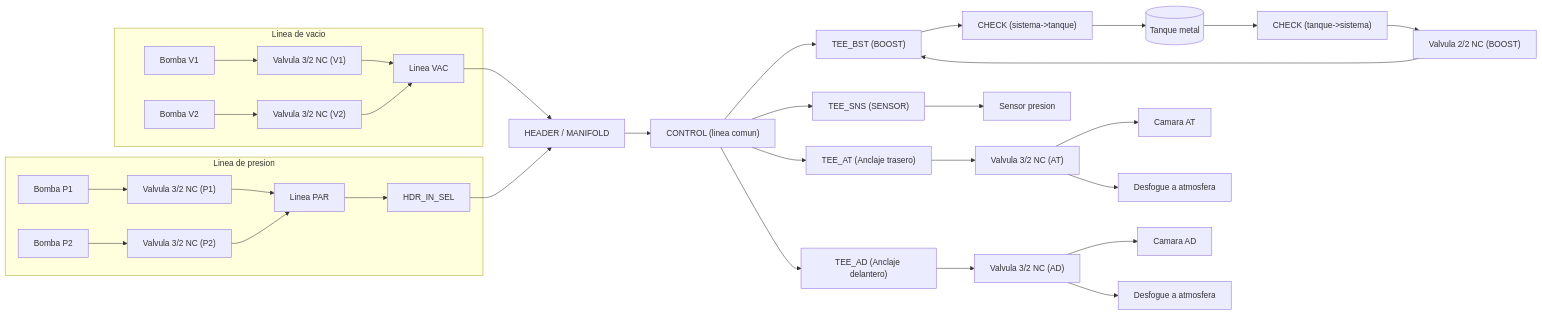
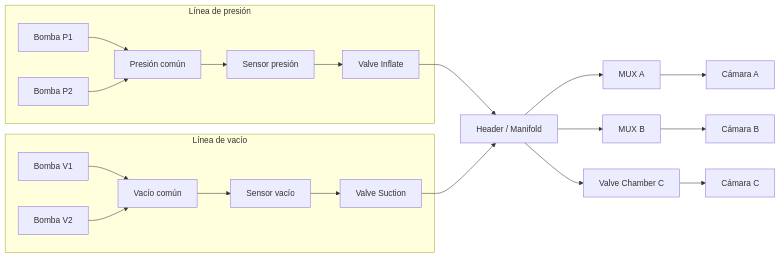
One commit to DiegoSanMo6011/softbot_pneumatic_driver changed the diagram in hardware/pneumatica/diagrama.md. Above: the diagram before and after it, drawn with Mermaid. The commit also changed other lines of this file and 31 other files, not shown here.

````diff
--- a/hardware/pneumatica/diagrama.md
+++ b/hardware/pneumatica/diagrama.md
@@ -3,36 +3,27 @@
 ```mermaid
 flowchart LR
-    subgraph Presion["Linea de presion"]
-        P1["Bomba P1"] --> V32P1["Valvula 3/2 NC (P1)"]
-        P2["Bomba P2"] --> V32P2["Valvula 3/2 NC (P2)"]
-        V32P1 --> PAR["Linea PAR"]
-        V32P2 --> PAR
-        PAR --> HDRSEL["HDR_IN_SEL"]
+    subgraph Presion["Línea de presión"]
+        P1["Bomba P1"] --> Pmerge["Presión común"]
+        P2["Bomba P2"] --> Pmerge
+        Pmerge --> SP["Sensor presión"]
+        SP --> VP["Valve Inflate"]
     end
 
-    subgraph Vacio["Linea de vacio"]
-        V1["Bomba V1"] --> V32V1["Valvula 3/2 NC (V1)"]
-        V2["Bomba V2"] --> V32V2["Valvula 3/2 NC (V2)"]
-        V32V1 --> VAC["Linea VAC"]
-        V32V2 --> VAC
+    subgraph Vacio["Línea de vacío"]
+        V1["Bomba V1"] --> Vmerge["Vacío común"]
+        V2["Bomba V2"] --> Vmerge
+        Vmerge --> SV["Sensor vacío"]
+        SV --> VV["Valve Suction"]
     end
 
-    HDRSEL --> HDR["HEADER / MANIFOLD"]
-    VAC --> HDR
+    VP --> M["Header / Manifold"]
+    VV --> M
 
-    HDR --> CONTROL["CONTROL (linea comun)"]
+    M --> MA["MUX A"]
+    M --> MB["MUX B"]
+    M --> MC["Valve Chamber C"]
 
-    CONTROL --> TEEBST["TEE_BST (BOOST)"]
-    CONTROL --> TEESNS["TEE_SNS (SENSOR)"]
-    CONTROL --> TEEAT["TEE_AT (Anclaje trasero)"]
-    CONTROL --> TEEAD["TEE_AD (Anclaje delantero)"]
-
-    TEEBST --> CHECK_FILL["CHECK (sistema->tanque)"] --> T[(Tanque metal)]
-    T --> CHECK_OUT["CHECK (tanque->sistema)"] --> V22BST["Valvula 2/2 NC (BOOST)"] --> TEEBST
-    TEESNS --> S["Sensor presion"]
-    TEEAT --> V32AT["Valvula 3/2 NC (AT)"] --> AT["Camara AT"]
-    TEEAD --> V32AD["Valvula 3/2 NC (AD)"] --> AD["Camara AD"]
-    V32AT --> EXH1["Desfogue a atmosfera"]
-    V32AD --> EXH2["Desfogue a atmosfera"]
-
+    MA --> CA["Cámara A"]
+    MB --> CB["Cámara B"]
+    MC --> CC["Cámara C"]
 ```
````
